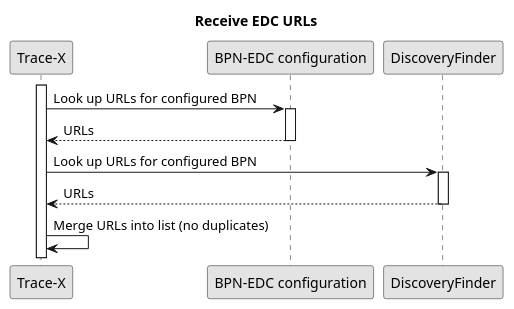
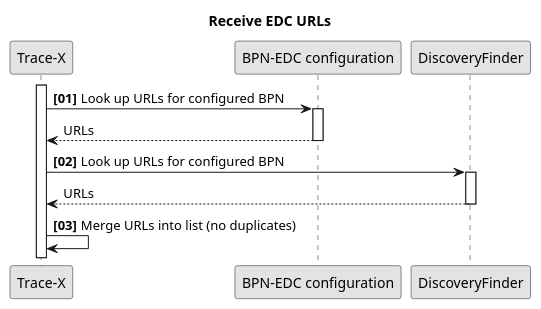
The diagram in docs/src/uml-diagrams/user-manual/bpn-edc-configuration.puml (eclipse-tractusx/traceability-foss), drawn with PlantUML before and after one commit. The commit also changed 2 other files, not shown here.

```diff
--- a/docs/src/uml-diagrams/user-manual/bpn-edc-configuration.puml
+++ b/docs/src/uml-diagrams/user-manual/bpn-edc-configuration.puml
@@ -1,22 +1,26 @@
 @startuml
 skinparam monochrome true
 skinparam shadowing false
 skinparam defaultFontName "Architects daughter"
+autonumber "<B>[00]"
 
 title Receive EDC URLs
 participant "Trace-X" as TX
 participant "BPN-EDC configuration" as BEC
 participant "DiscoveryFinder" as DF
 
 activate TX
 TX -> BEC: Look up URLs for configured BPN
 activate BEC
+autonumber stop
 BEC --> TX: URLs
 deactivate BEC
+autonumber resume
 TX -> DF: Look up URLs for configured BPN
 activate DF
+autonumber stop
 DF --> TX: URLs
 deactivate DF
+autonumber resume
 TX -> TX: Merge URLs into list (no duplicates)
-
 @enduml
```
